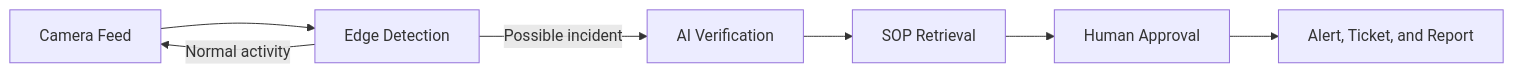
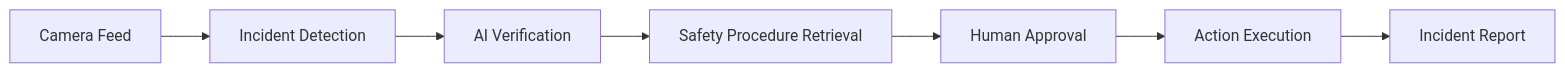
One commit to Yug-More/SafetyLens changed the diagram in README.md. Above: the diagram before and after it, drawn with Mermaid. The commit also changed other lines of this file and 61 other files, not shown here.

````diff
--- a/README.md
+++ b/README.md
@@ -95,9 +55,9 @@
 ```mermaid
 flowchart LR
-    A[Camera Feed] --> B[Edge Detection]
-    B -->|Normal activity| A
-    B -->|Possible incident| C[AI Verification]
-    C --> D[SOP Retrieval]
+    A[Camera Feed] --> B[Incident Detection]
+    B --> C[AI Verification]
+    C --> D[Safety Procedure Retrieval]
     D --> E[Human Approval]
-    E --> F[Alert, Ticket, and Report]
+    E --> F[Action Execution]
+    F --> G[Incident Report]
 ```
````
